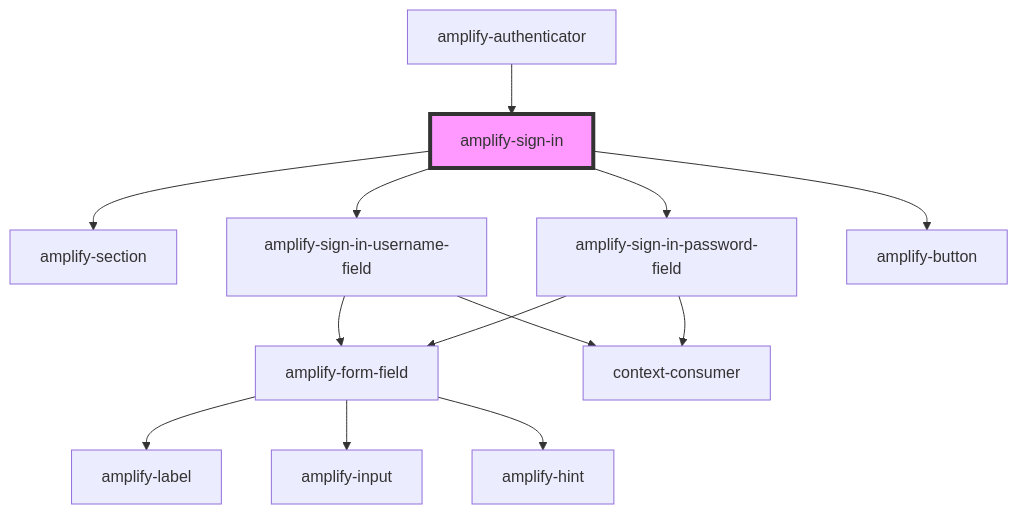
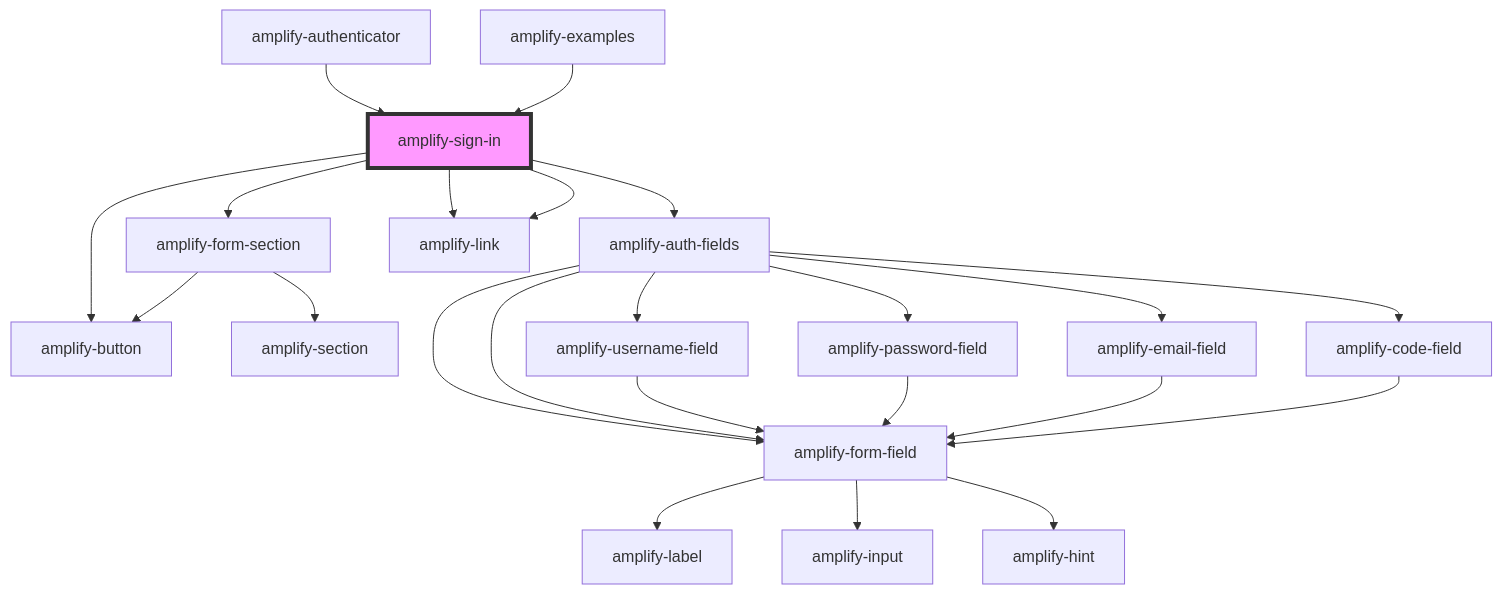
Before and after one commit to OneDev0411/amplify-js: the diagram in packages/amplify-ui-components/src/components/amplify-sign-in/readme.md, drawn with Mermaid. The commit also changed other lines of this file and 81 other files, not shown here.

````diff
--- a/packages/amplify-ui-components/src/components/amplify-sign-in/readme.md
+++ b/packages/amplify-ui-components/src/components/amplify-sign-in/readme.md
@@ -31,16 +36,26 @@
 ```mermaid
 graph TD;
-  amplify-sign-in --> amplify-section
-  amplify-sign-in --> amplify-sign-in-username-field
-  amplify-sign-in --> amplify-sign-in-password-field
+  amplify-sign-in --> amplify-form-section
+  amplify-sign-in --> amplify-auth-fields
+  amplify-sign-in --> amplify-link
+  amplify-sign-in --> amplify-link
   amplify-sign-in --> amplify-button
-  amplify-sign-in-username-field --> amplify-form-field
-  amplify-sign-in-username-field --> context-consumer
+  amplify-form-section --> amplify-section
+  amplify-form-section --> amplify-button
+  amplify-auth-fields --> amplify-username-field
+  amplify-auth-fields --> amplify-password-field
+  amplify-auth-fields --> amplify-email-field
+  amplify-auth-fields --> amplify-code-field
+  amplify-auth-fields --> amplify-form-field
+  amplify-auth-fields --> amplify-form-field
+  amplify-username-field --> amplify-form-field
   amplify-form-field --> amplify-label
   amplify-form-field --> amplify-input
   amplify-form-field --> amplify-hint
-  amplify-sign-in-password-field --> amplify-form-field
-  amplify-sign-in-password-field --> context-consumer
+  amplify-password-field --> amplify-form-field
+  amplify-email-field --> amplify-form-field
+  amplify-code-field --> amplify-form-field
   amplify-authenticator --> amplify-sign-in
+  amplify-examples --> amplify-sign-in
   style amplify-sign-in fill:#f9f,stroke:#333,stroke-width:4px
 ```
````
